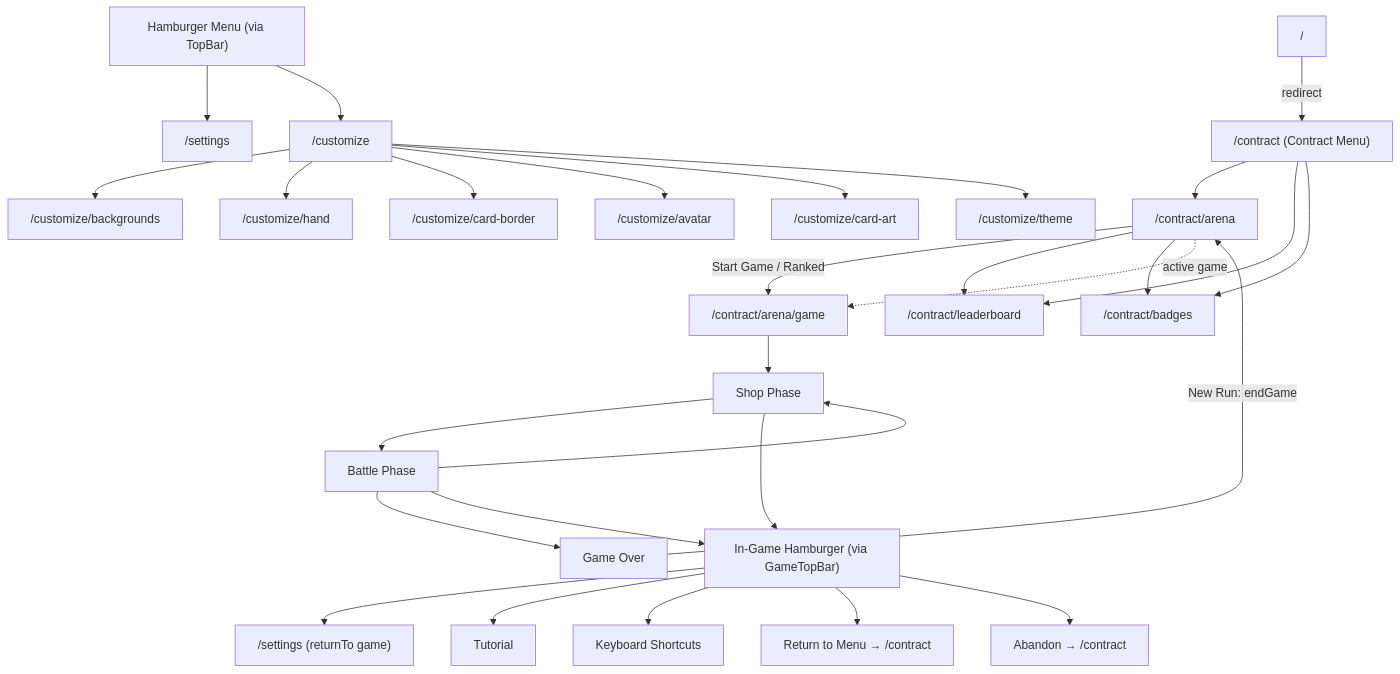
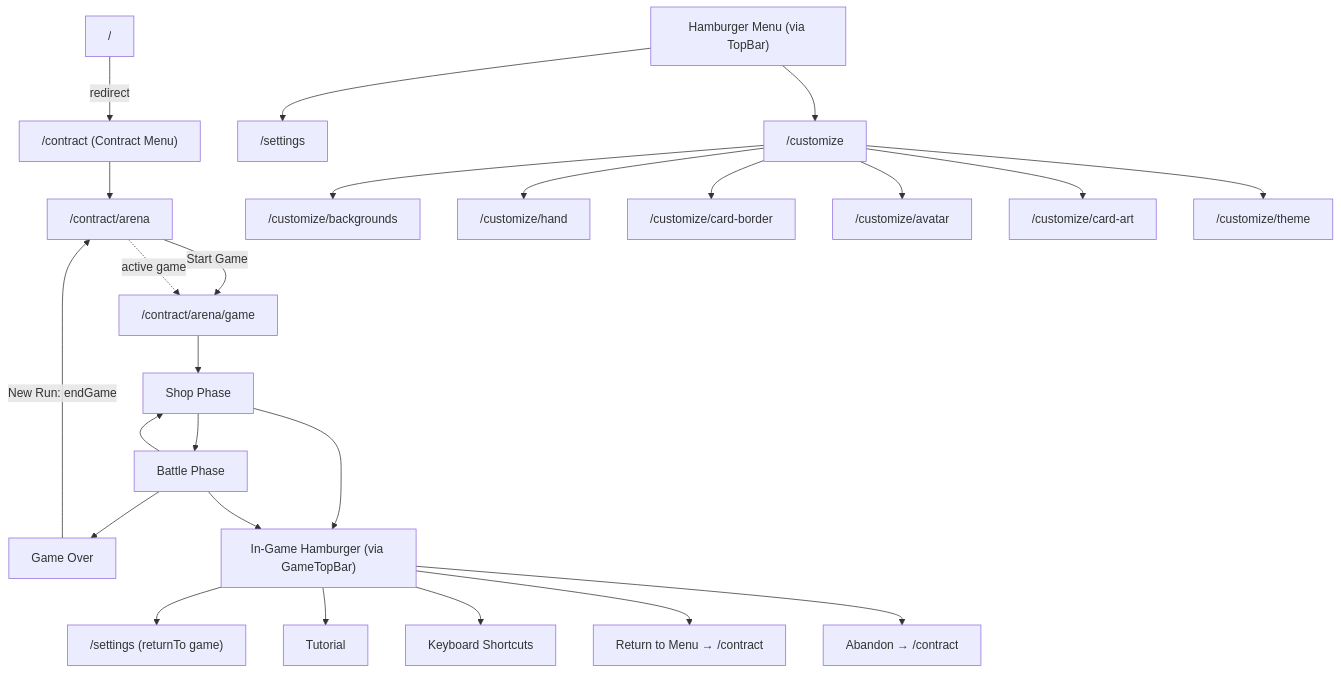
The diagram in docs/UI_FLOW.md (shawntabrizi/open-auto-battler), drawn with Mermaid before and after one commit. The commit also changed other lines of this file and 30 other files, not shown here.

````diff
--- a/docs/UI_FLOW.md
+++ b/docs/UI_FLOW.md
@@ -9,40 +9,36 @@
 ```mermaid
 flowchart TD
   Root["/"] -->|redirect| Contract["/contract (Contract Menu)"]
 
   Contract --> Arena["/contract/arena"]
-  Contract --> Leaderboard["/contract/leaderboard"]
-  Contract --> Badges["/contract/badges"]
 
-  Arena -->|Start Game / Ranked| ArenaGame["/contract/arena/game"]
-  Arena --> Leaderboard
-  Arena --> Badges
+  Arena -->|Start Game| ArenaGame["/contract/arena/game"]
   Arena -.->|active game| ArenaGame
 
   ArenaGame --> Shop["Shop Phase"]
   Shop --> Battle["Battle Phase"]
   Battle --> Shop
   Battle --> GameOver["Game Over"]
   GameOver -->|New Run: endGame| Arena
 
   Shop --> InGameHamburger
   Battle --> InGameHamburger
 
   Hamburger["Hamburger Menu (via TopBar)"]
   Hamburger --> Settings["/settings"]
   Hamburger --> Customize["/customize"]
 
   Customize --> CustBg["/customize/backgrounds"]
   Customize --> CustHand["/customize/hand"]
   Customize --> CustBorder["/customize/card-border"]
   Customize --> CustAvatar["/customize/avatar"]
   Customize --> CustArt["/customize/card-art"]
   Customize --> CustTheme["/customize/theme"]
 
   InGameHamburger["In-Game Hamburger (via GameTopBar)"]
   InGameHamburger --> InGameSettings["/settings (returnTo game)"]
   InGameHamburger --> Tutorial["Tutorial"]
   InGameHamburger --> Shortcuts["Keyboard Shortcuts"]
   InGameHamburger --> ReturnMenu["Return to Menu → /contract"]
   InGameHamburger --> Abandon["Abandon → /contract"]
 ```
````
